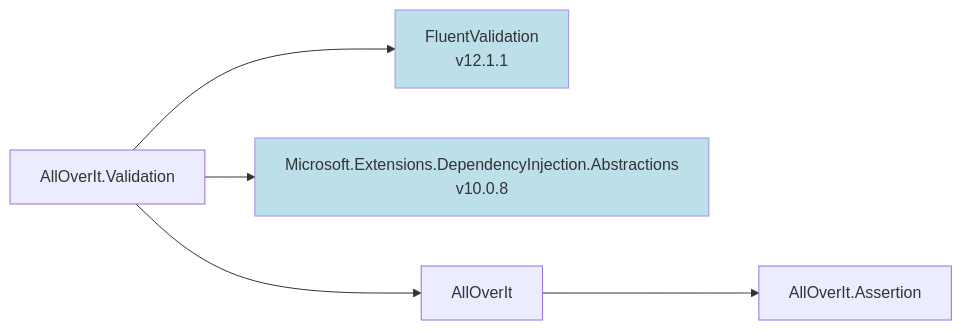
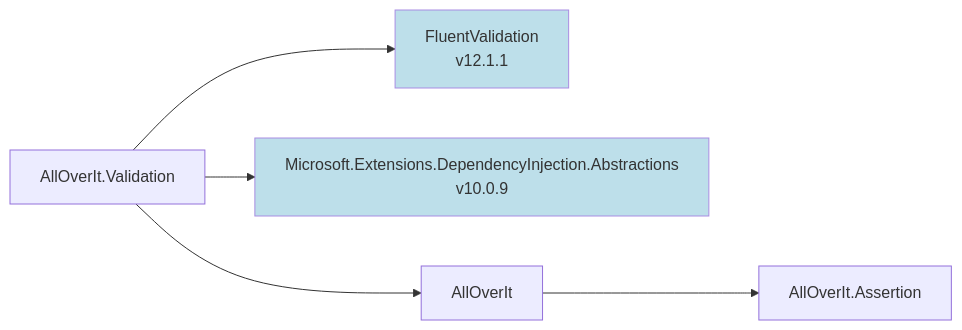
Before and after one commit to mjfreelancing/AllOverIt: the diagram in Docs/Reference/Content/images/dependencies/net10.0/mmd/alloverit-validation.mmd, drawn with Mermaid. The commit also changed 249 other files, not shown here.

```diff
--- a/Docs/Reference/Content/images/dependencies/net10.0/mmd/alloverit-validation.mmd
+++ b/Docs/Reference/Content/images/dependencies/net10.0/mmd/alloverit-validation.mmd
@@ -1,12 +1,12 @@
 flowchart LR
   alloverit-validation["AllOverIt.Validation"]
   fluentvalidation_12-1-1["FluentValidation<br>v12.1.1"]
-  microsoft-extensions-dependencyinjection-abstractions_10-0-8["Microsoft.Extensions.DependencyInjection.Abstractions<br>v10.0.8"]
+  microsoft-extensions-dependencyinjection-abstractions_10-0-9["Microsoft.Extensions.DependencyInjection.Abstractions<br>v10.0.9"]
   alloverit["AllOverIt"]
   alloverit-assertion["AllOverIt.Assertion"]
   alloverit-validation --> fluentvalidation_12-1-1
-  alloverit-validation --> microsoft-extensions-dependencyinjection-abstractions_10-0-8
+  alloverit-validation --> microsoft-extensions-dependencyinjection-abstractions_10-0-9
   alloverit-validation --> alloverit
   alloverit --> alloverit-assertion
   style fluentvalidation_12-1-1 fill:#ADD8E6,opacity:0.8
-  style microsoft-extensions-dependencyinjection-abstractions_10-0-8 fill:#ADD8E6,opacity:0.8
+  style microsoft-extensions-dependencyinjection-abstractions_10-0-9 fill:#ADD8E6,opacity:0.8
```
